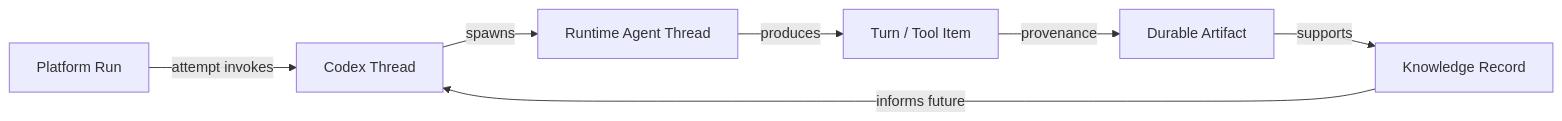
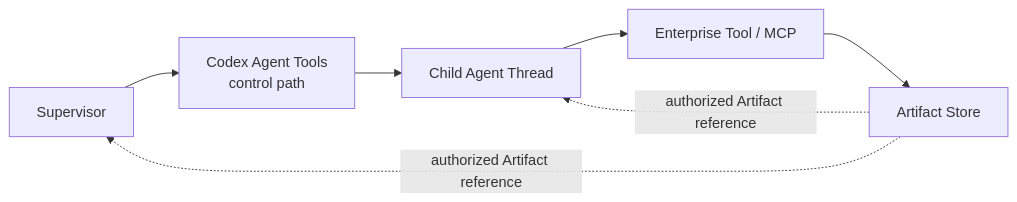
The fourth of 6 diagrams in docs/enterprise-agent-platform-architecture.md (JO-WTF/open-web-codex), drawn with Mermaid before and after one commit. The commit also changed other lines of this file, not shown here.

Commit message:
docs: refine enterprise agent platform architecture

````diff
--- a/docs/enterprise-agent-platform-architecture.md
+++ b/docs/enterprise-agent-platform-architecture.md
@@ -1776,16 +1796,13 @@
 ```mermaid
 flowchart LR
-    RUN["Platform Run"]
-    THREAD["Codex Thread"]
-    AGENT["Runtime Agent Thread"]
-    ITEM["Turn / Tool Item"]
-    ART["Durable Artifact"]
-    KR["Knowledge Record"]
+    SUP["Supervisor"]
+    CONTROL["Codex Agent Tools<br/>control path"]
+    CHILD["Child Agent Thread"]
+    TOOL["Enterprise Tool / MCP"]
+    STORE["Artifact Store"]
 
-    RUN -- "attempt invokes" --> THREAD
-    THREAD -- "spawns" --> AGENT
-    AGENT -- "produces" --> ITEM
-    ITEM -- "provenance" --> ART
-    ART -- "supports" --> KR
-    KR -- "informs future" --> THREAD
+    SUP --> CONTROL --> CHILD
+    CHILD --> TOOL --> STORE
+    STORE -. "authorized Artifact reference" .-> CHILD
+    STORE -. "authorized Artifact reference" .-> SUP
 ```
````
